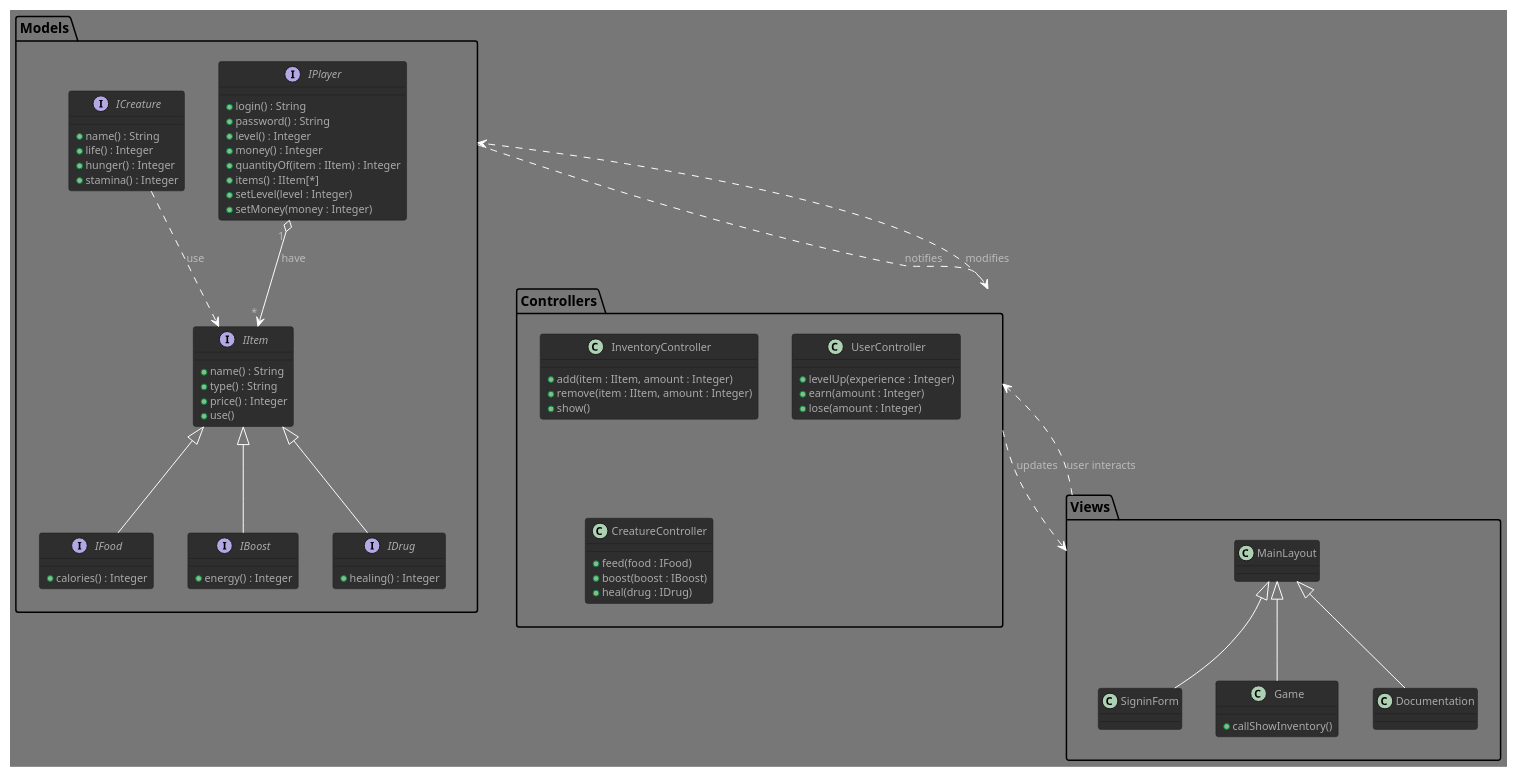
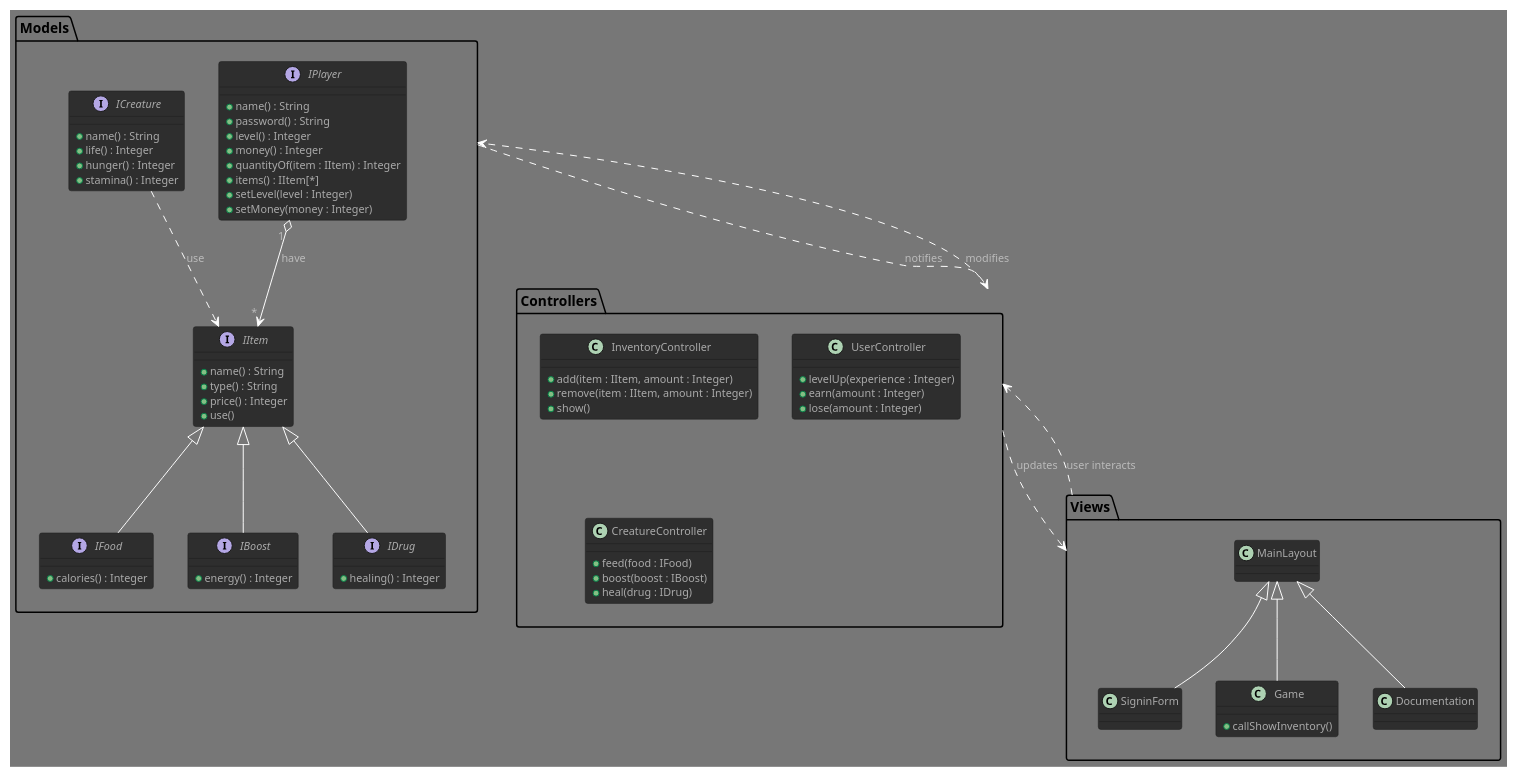
The diagram in VirtualNoe.puml (GlazKrovi/VirtualNoe), drawn with PlantUML before and after one commit. The commit also changed 17 other files, not shown here.

```diff
--- a/VirtualNoe.puml
+++ b/VirtualNoe.puml
@@ -1,101 +1,101 @@
 @startuml VirtualNoe
 
 !theme reddress-darkgreen
 
 package Models
 {
     interface IPlayer
     {
-        + login() : String
+        + name() : String
         + password() : String
         + level() : Integer
         + money() : Integer
         + quantityOf(item : IItem) : Integer
         + items() : IItem[*]
         + setLevel(level : Integer)
         + setMoney(money : Integer)
     }
 
     interface IItem
     {
         + name() : String
         + type() : String
         + price() : Integer
         + use()     /' the way the objet is consumed '/
     }
 
     interface IFood implements IItem
     {
         /' number of points added to hunger gauge '/
         + calories() : Integer  
     }
 
     interface IBoost implements IItem
     {
         /' number of points added to stamina gauge '/
         + energy() : Integer
     }
 
     interface IDrug implements IItem
     {
         /' number of points added to life gauge '/
         + healing() : Integer
     }
 
     interface ICreature 
     { 
         + name() : String
         + life() : Integer
         + hunger() : Integer
         + stamina() : Integer
     }
 }
 
 package Controllers 
 { 
     class InventoryController   /' use IPlayer '/
     {
         + add(item : IItem, amount : Integer) 
         + remove(item : IItem, amount : Integer)
         + show()
     }
 
     class UserController
     {
         /' Authentication system managed by laravel'/
         + levelUp(experience : Integer)
         + earn(amount : Integer) /' money '/
         + lose(amount : Integer) /' money '/
     }
 
     class CreatureController
     {
         + feed(food : IFood)
         + boost(boost : IBoost)
         + heal(drug : IDrug)
     }
 }
 
 package Views 
 { 
     class MainLayout
     class SigninForm extends MainLayout   /' home, index '/
     class Game extends MainLayout   /' main game window '/
     {
         + callShowInventory()
     }
     class Documentation extends MainLayout   /' tutorial, etc. '/
 }
 
 /' RELATIONS '/
 IPlayer" 1 " o--> " * "IItem : have
 ICreature ..> IItem : use               /' TODO - not sure '/
 
 
 /' MVC '/
 Controllers ..> Models : modifies
 Controllers ..> Views : updates
 Views ..> Controllers : user interacts
 Models ..> Controllers : notifies 
 
 @enduml
```
